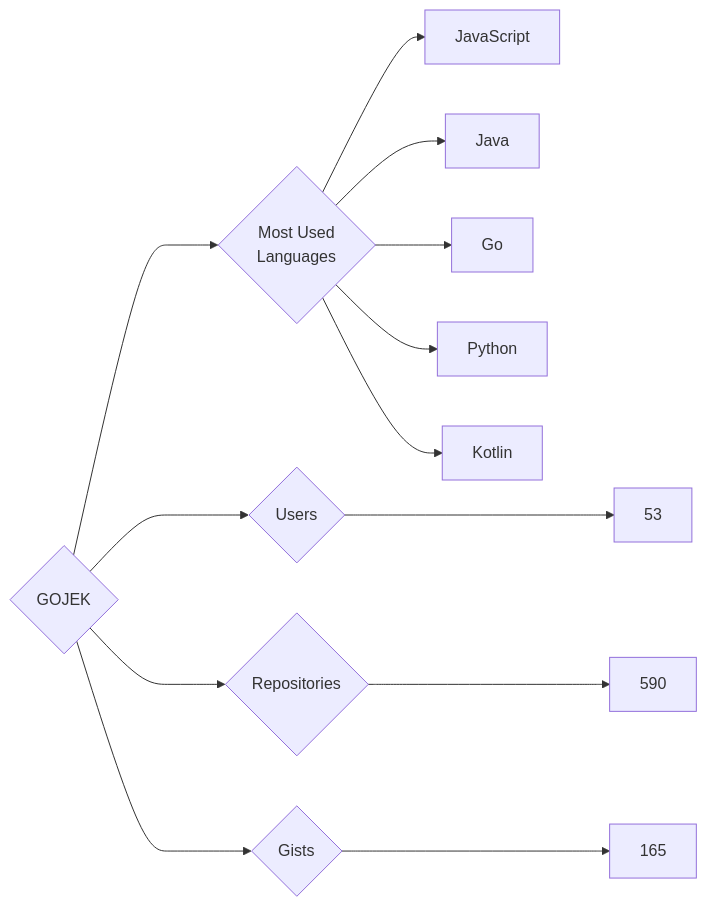
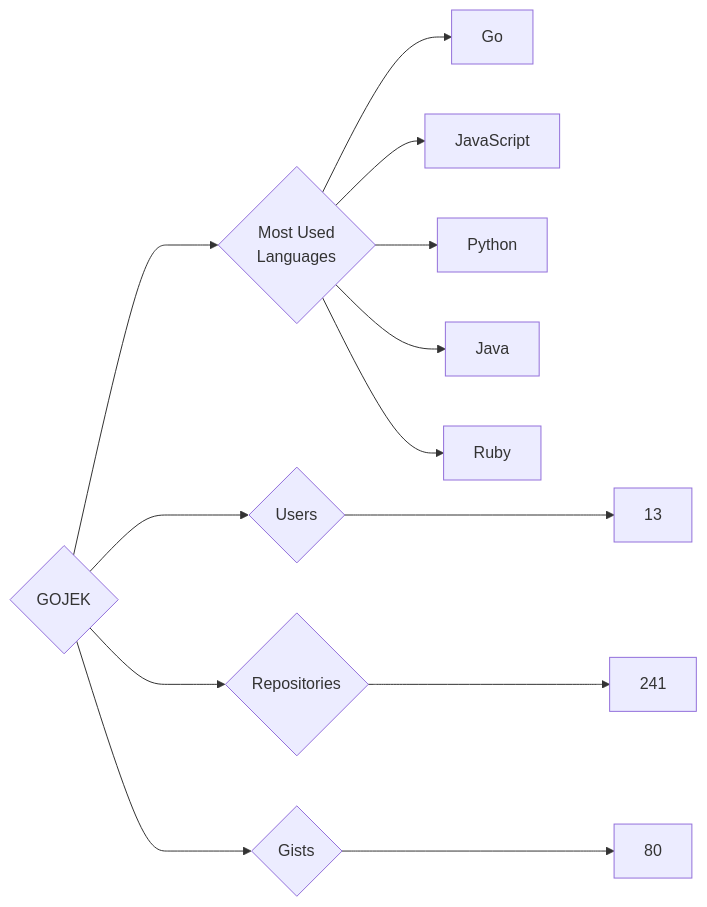
The diagram in targets/GOJEK/README.md (trickest/insiders), drawn with Mermaid before and after one commit. The commit also changed 861 other files, not shown here.

````diff
--- a/targets/GOJEK/README.md
+++ b/targets/GOJEK/README.md
@@ -3,13 +3,13 @@
 ```mermaid
 graph LR
 COMPANY_NAME{GOJEK}
-COMPANY_NAME ---> U{Users} ---> UN[53]
-COMPANY_NAME ---> R{Repositories} ---> RN[590]
-COMPANY_NAME ---> G{Gists} ---> GN[165]
+COMPANY_NAME ---> U{Users} ---> UN[13]
+COMPANY_NAME ---> R{Repositories} ---> RN[241]
+COMPANY_NAME ---> G{Gists} ---> GN[80]
 COMPANY_NAME ---> ML{Most Used<br>Languages}
+ML --> Go[Go]
 ML --> JavaScript[JavaScript]
+ML --> Python[Python]
 ML --> Java[Java]
-ML --> Go[Go]
-ML --> Python[Python]
-ML --> Kotlin[Kotlin]
+ML --> Ruby[Ruby]
 ```
````
